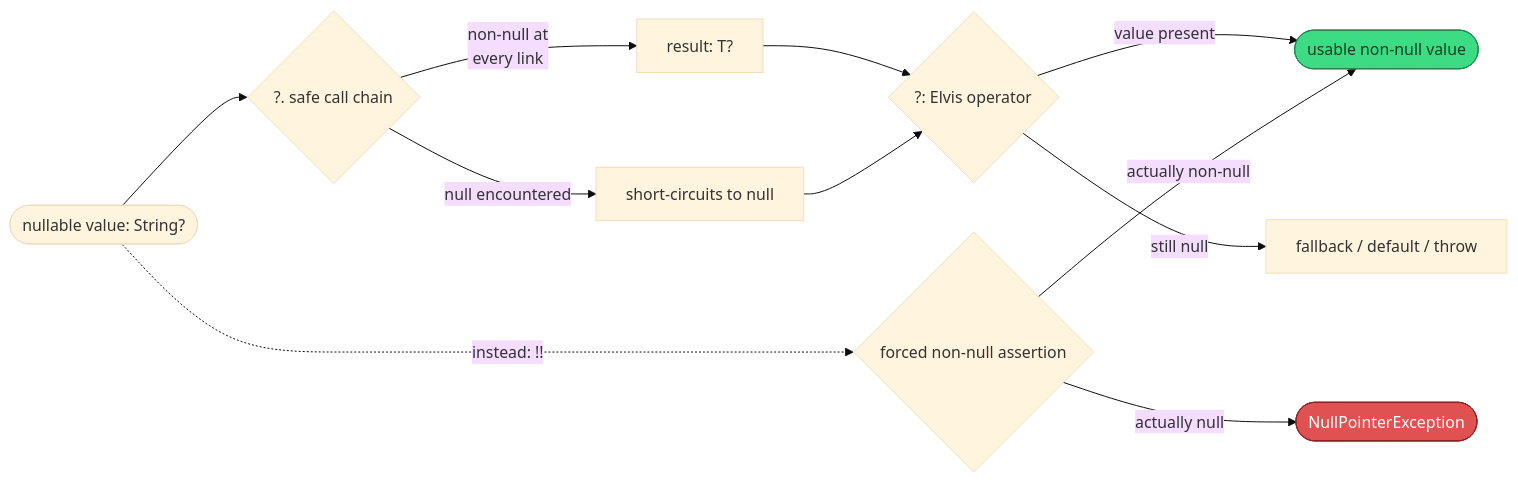
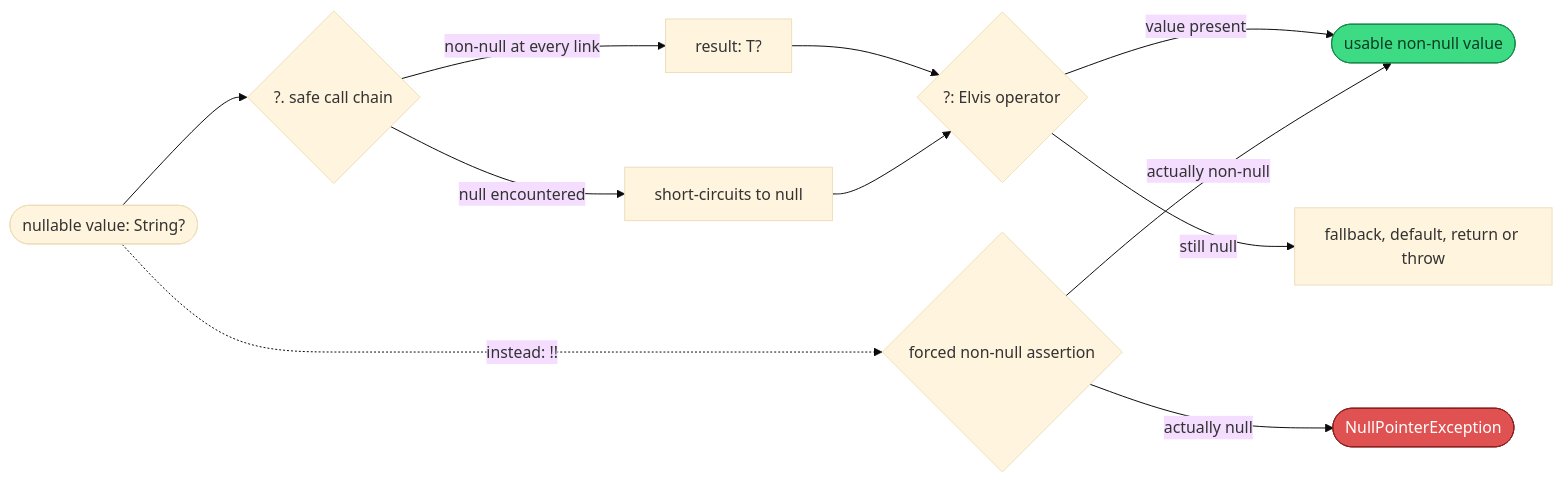
One commit to albertoirurueta/docs changed the diagram in modules/ROOT/pages/programming-languages/kotlin/null-safety.adoc. Above: the diagram before and after it, drawn with Mermaid (base theme). The commit also changed other lines of this file and 6182 other files, not shown here.

```diff
--- a/modules/ROOT/pages/programming-languages/kotlin/null-safety.adoc
+++ b/modules/ROOT/pages/programming-languages/kotlin/null-safety.adoc
@@ -122,18 +354,18 @@
 [mermaid]
 ....
 flowchart LR
     N(["nullable value: String?"]) --> A{"?. safe call chain"}
-    A -->|non-null at\nevery link| B["result: T?"]
-    A -->|null encountered| C["short-circuits to null"]
+    A -->|"non-null at every link"| B["result: T?"]
+    A -->|"null encountered"| C["short-circuits to null"]
     B --> D{"?: Elvis operator"}
     C --> D
-    D -->|value present| E(["usable non-null value"])
-    D -->|still null| F["fallback / default / throw"]
+    D -->|"value present"| E(["usable non-null value"])
+    D -->|"still null"| F["fallback, default, return or throw"]
 
     N -.->|"instead: !!"| G{"forced non-null assertion"}
-    G -->|actually non-null| E
-    G -->|actually null| H(["NullPointerException"])
+    G -->|"actually non-null"| E
+    G -->|"actually null"| H(["NullPointerException"])
 
     style H fill:#e05252,stroke:#8a1f1f,color:#fff
     style E fill:#3ddc84,stroke:#1b8a4c,color:#0b3d24
 ....
```
